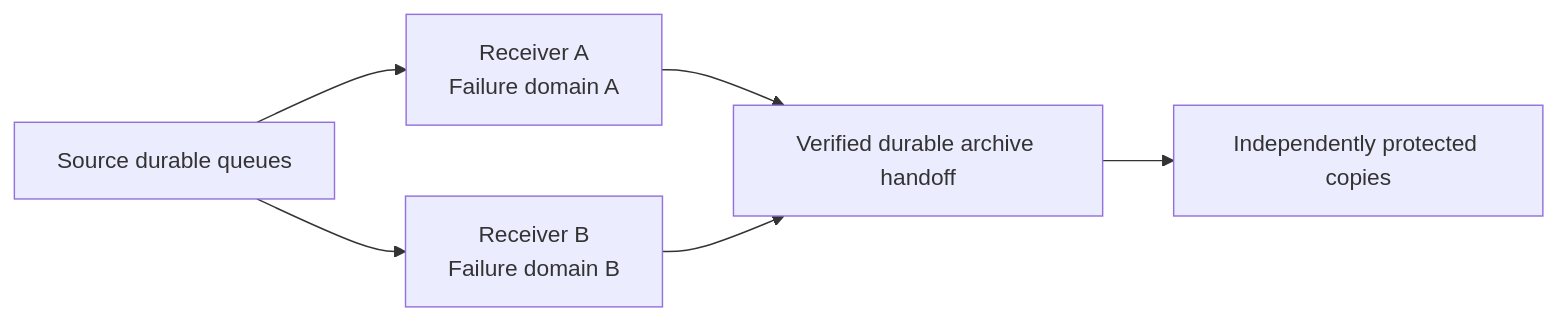
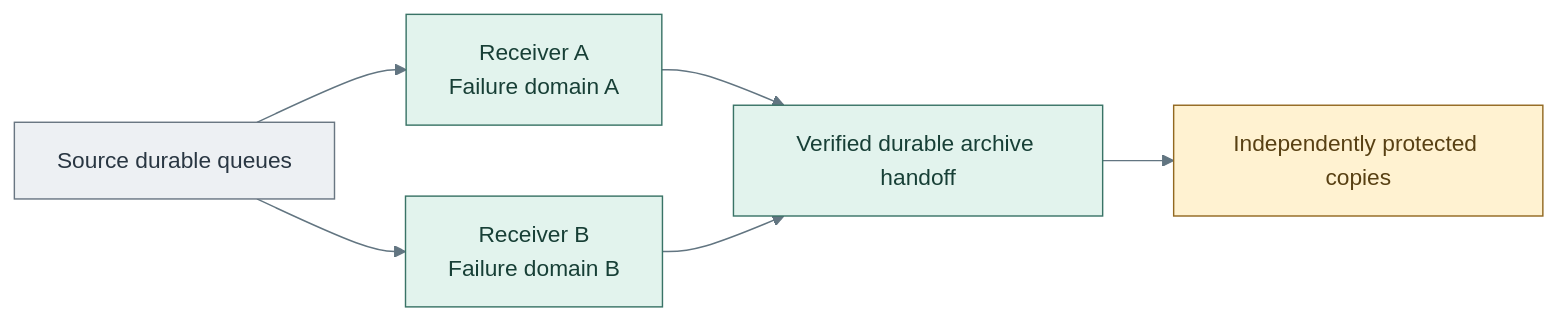
One commit to Rexus/homelab changed the diagram in docs/deployment/stage-1-logging/step-3b-redundant-intake.md. Above: the diagram before and after it, drawn with Mermaid. The commit also changed 49 other files, not shown here.

Commit message:
docs(diagrams): clarify tier layouts and visual styles

````diff
--- a/docs/deployment/stage-1-logging/step-3b-redundant-intake.md
+++ b/docs/deployment/stage-1-logging/step-3b-redundant-intake.md
@@ -16,8 +16,16 @@
 ```mermaid
+%%{init: {"theme":"base","themeVariables":{"lineColor":"#627581","edgeLabelBackground":"#f8fafc"}}}%%
 flowchart LR
   Queue["Source durable queues"] --> A["Receiver A<br/>Failure domain A"]
   Queue --> B["Receiver B<br/>Failure domain B"]
   A --> Commit["Verified durable archive handoff"]
   B --> Commit
   Commit --> Copies["Independently protected copies"]
+  classDef default fill:#f8fafc,stroke:#64748b,color:#1f2937
+  classDef actor fill:#edf0f3,stroke:#697682,color:#293642
+  classDef control fill:#e2f3ed,stroke:#397366,color:#173f36
+  classDef custody fill:#fff2d1,stroke:#926820,color:#584013
+  class Queue actor
+  class A,B,Commit control
+  class Copies custody
 ```
````
